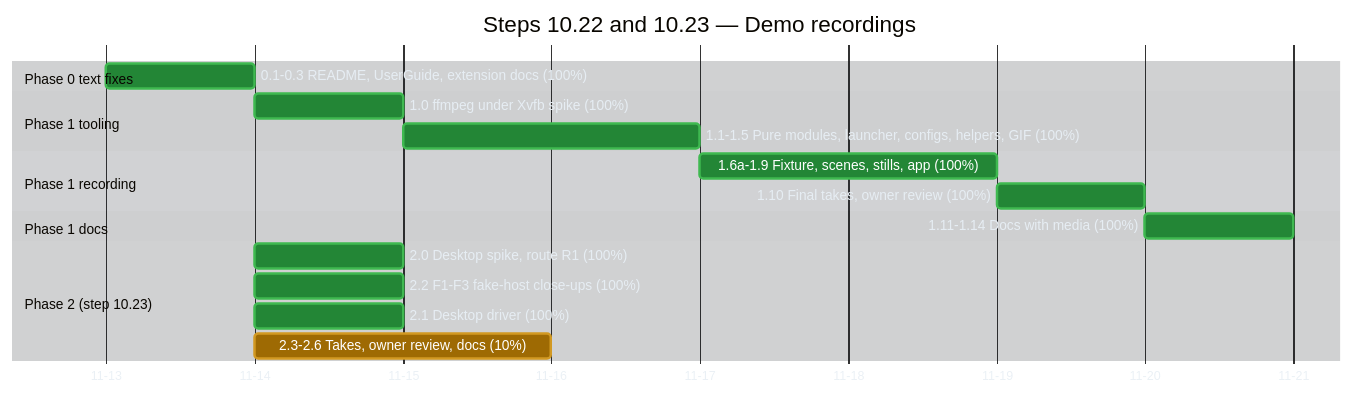
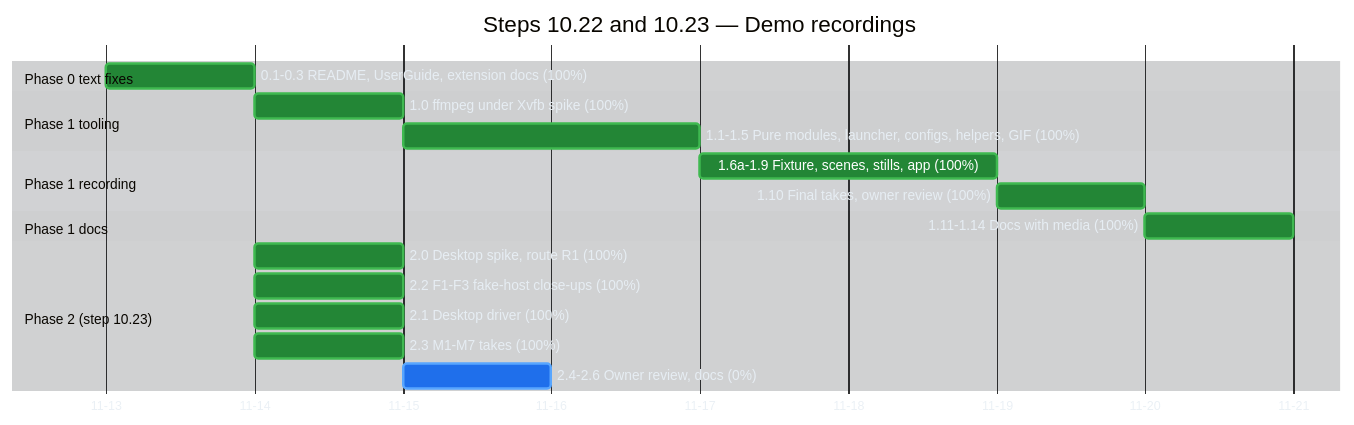
One commit to raulkivi/agent-cost-analyzer changed the second of 5 diagrams in docs/implementation-plan-gantt.md. Above: the diagram before and after it, drawn with Mermaid. The commit also changed other lines of this file and 1 other file, not shown here.

Commit message:
docs(10.23): M1-M7 recorded; task 2.3 done

````diff
--- a/docs/implementation-plan-gantt.md
+++ b/docs/implementation-plan-gantt.md
@@ -139,54 +139,55 @@
 ```mermaid
 %%{init: {
   "theme": "base",
   "themeVariables": {
     "darkMode": true,
     "background": "#0d1117",
     "textColor": "#e6edf3",
     "primaryTextColor": "#e6edf3",
     "lineColor": "#8b949e",
     "sectionBkgColor": "#161b22",
     "sectionBkgColor2": "#1c2129",
     "altSectionBkgColor": "#0d1117",
     "gridColor": "#30363d",
     "excludeBkgColor": "#161b22",
     "todayLineColor": "#f85149",
     "taskBkgColor": "#1f6feb",
     "taskBorderColor": "#58a6ff",
     "taskTextColor": "#ffffff",
     "taskTextLightColor": "#ffffff",
     "taskTextDarkColor": "#ffffff",
     "taskTextOutsideColor": "#e6edf3",
     "doneTaskBkgColor": "#238636",
     "doneTaskBorderColor": "#3fb950",
     "activeTaskBkgColor": "#9e6a03",
     "activeTaskBorderColor": "#d29922",
     "critBkgColor": "#da3633",
     "critBorderColor": "#f85149"
   }
 }}%%
 gantt
     title Steps 10.22 and 10.23 — Demo recordings
     dateFormat YYYY-MM-DD
     axisFormat %m-%d
 
     section Phase 0 text fixes
     0.1-0.3 README, UserGuide, extension docs (100%) :done, d0, 2026-11-13, 1d
 
     section Phase 1 tooling
     1.0 ffmpeg under Xvfb spike (100%)              :done, d10, after d0, 1d
     1.1-1.5 Pure modules, launcher, configs, helpers, GIF (100%) :done, d11, after d10, 2d
 
     section Phase 1 recording
     1.6a-1.9 Fixture, scenes, stills, app (100%)    :done, d16, after d11, 2d
     1.10 Final takes, owner review (100%)          :done, d110, after d16, 1d
 
     section Phase 1 docs
     1.11-1.14 Docs with media (100%)               :done, d111, after d110, 1d
 
     section Phase 2 (step 10.23)
     2.0 Desktop spike, route R1 (100%)              :done, d20, 2026-11-14, 1d
     2.2 F1-F3 fake-host close-ups (100%)            :done, d22, 2026-11-14, 1d
     2.1 Desktop driver (100%)                        :done, d21, 2026-11-14, 1d
-    2.3-2.6 Takes, owner review, docs (10%)          :active, d23, 2026-11-14, 2d
+    2.3 M1-M7 takes (100%)                           :done, d23, 2026-11-14, 1d
+    2.4-2.6 Owner review, docs (0%)                  :d24, after d23, 1d
 ```
````
